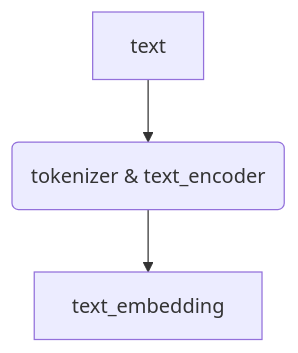
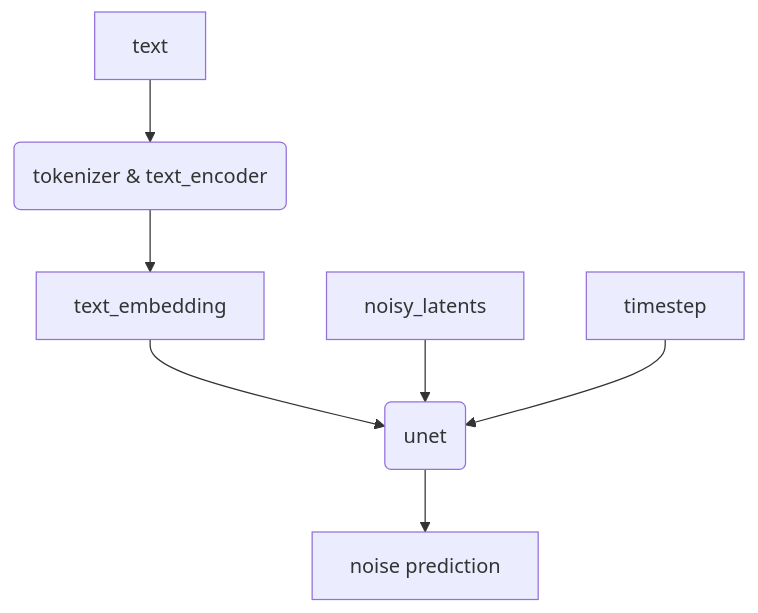
The diagram in notes/julyfun/技术学习/diffusion-models-class/unit3-01_stable_diffusion_introduction.md (julyfun/how-to), drawn with Mermaid before and after one commit.

Commit message:
M notes/julyfun/技术学习/diffusion-models-class/unit3-01_stable_diffusion_introduction.md

````diff
--- a/notes/julyfun/技术学习/diffusion-models-class/unit3-01_stable_diffusion_introduction.md
+++ b/notes/julyfun/技术学习/diffusion-models-class/unit3-01_stable_diffusion_introduction.md
@@ -18,4 +18,8 @@
 ```mermaid
 graph
-    A[text] --> B("`tokenizer`" & text_encoder) --> C[text_embedding]
+    text --> t(tokenizer & text_encoder) --> e[text_embedding]
+    e --> unet(unet)
+    noisy_latents --> unet
+    timestep --> unet
+    unet --> P[noise prediction]
 ```
````
